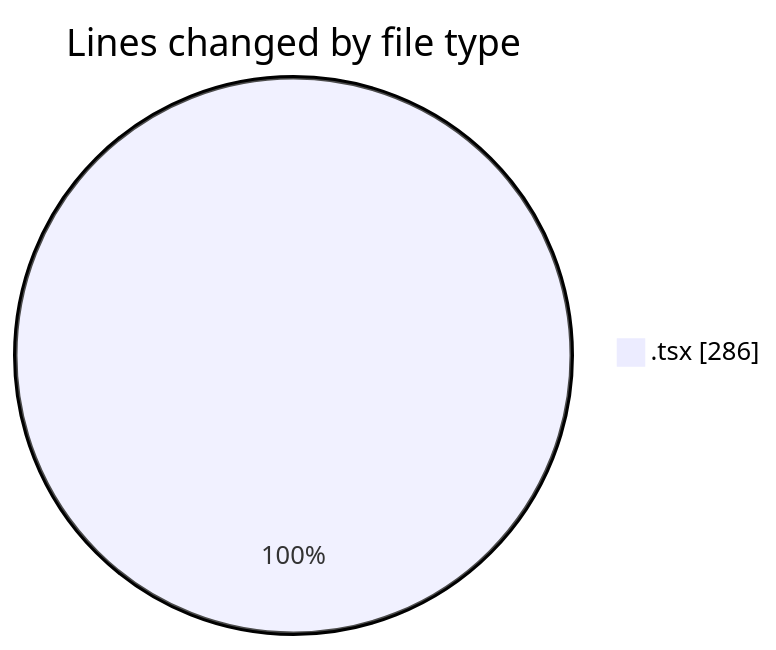
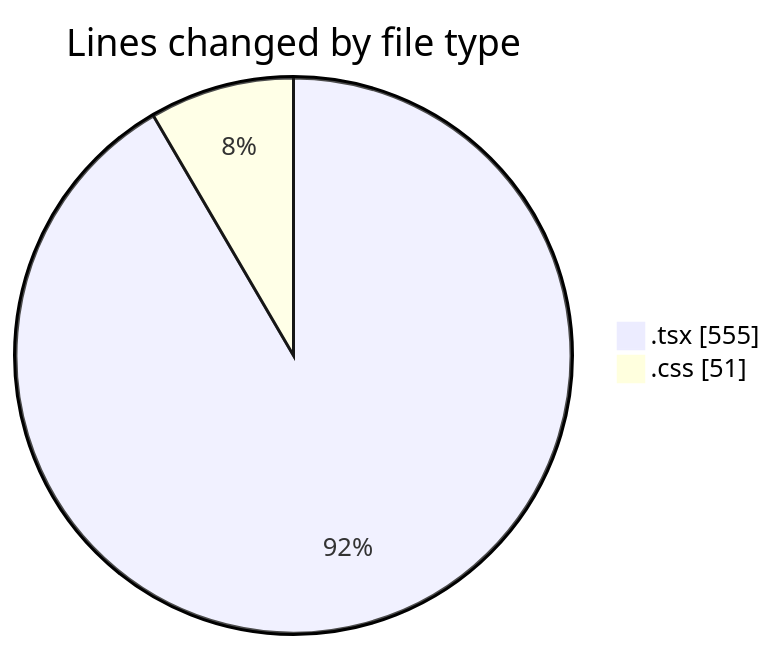
One commit to Elitesun/code-tracking changed the first of 2 diagrams in 2025-04-22/indesign/README.md. Above: the diagram before and after it, drawn with Mermaid. The commit also changed other lines of this file and 1 other file, not shown here.

````diff
--- a/2025-04-22/indesign/README.md
+++ b/2025-04-22/indesign/README.md
@@ -23,5 +25,6 @@
 ```mermaid
 pie showData
 title Lines changed by file type
-".tsx" : 286
+".tsx" : 555
+".css" : 51
 ```
````
